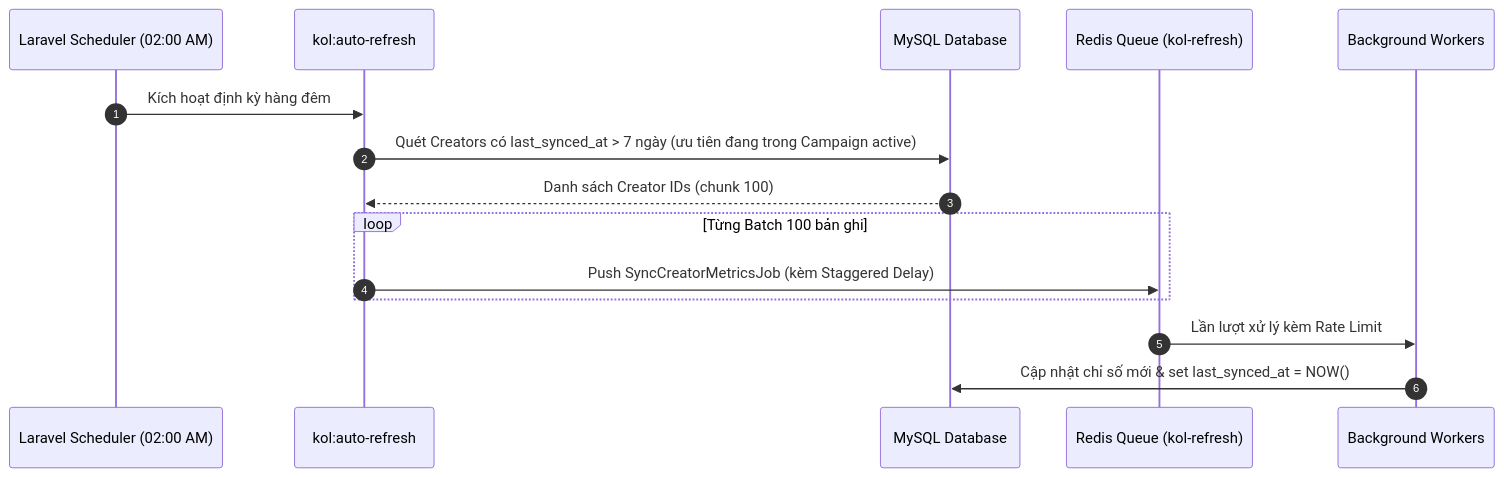
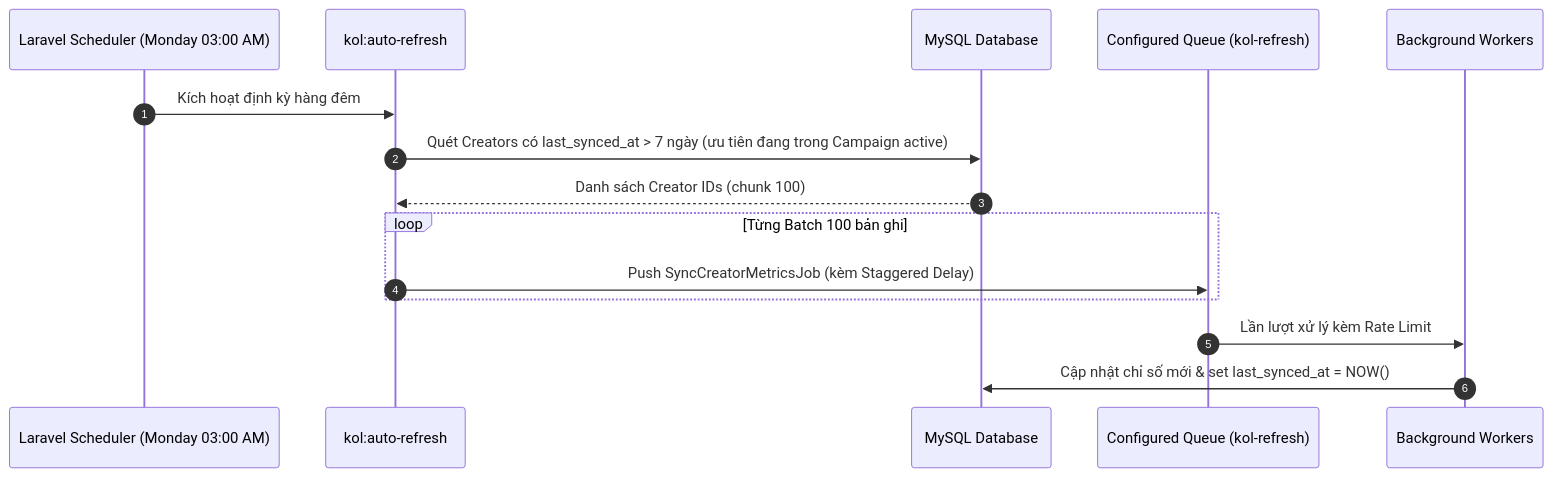
The second of 2 diagrams in .agents/skills/kol-automated-sync/SKILL.md (doduchaau/booking_kol), drawn with Mermaid before and after one commit. The commit also changed other lines of this file and 28 other files, not shown here.

````diff
--- a/.agents/skills/kol-automated-sync/SKILL.md
+++ b/.agents/skills/kol-automated-sync/SKILL.md
@@ -119,18 +125,18 @@
 ```mermaid
 sequenceDiagram
     autonumber
-    participant Cron as Laravel Scheduler (02:00 AM)
+    participant Cron as Laravel Scheduler (Monday 03:00 AM)
     participant Command as kol:auto-refresh
     participant DB as MySQL Database
-    participant Queue as Redis Queue (kol-refresh)
+    participant Queue as Configured Queue (kol-refresh)
     participant Worker as Background Workers
 
     Cron->>Command: Kích hoạt định kỳ hàng đêm
     Command->>DB: Quét Creators có last_synced_at > 7 ngày (ưu tiên đang trong Campaign active)
     DB-->>Command: Danh sách Creator IDs (chunk 100)
     loop Từng Batch 100 bản ghi
         Command->>Queue: Push SyncCreatorMetricsJob (kèm Staggered Delay)
     end
     Queue->>Worker: Lần lượt xử lý kèm Rate Limit
     Worker->>DB: Cập nhật chỉ số mới & set last_synced_at = NOW()
 ```
````
